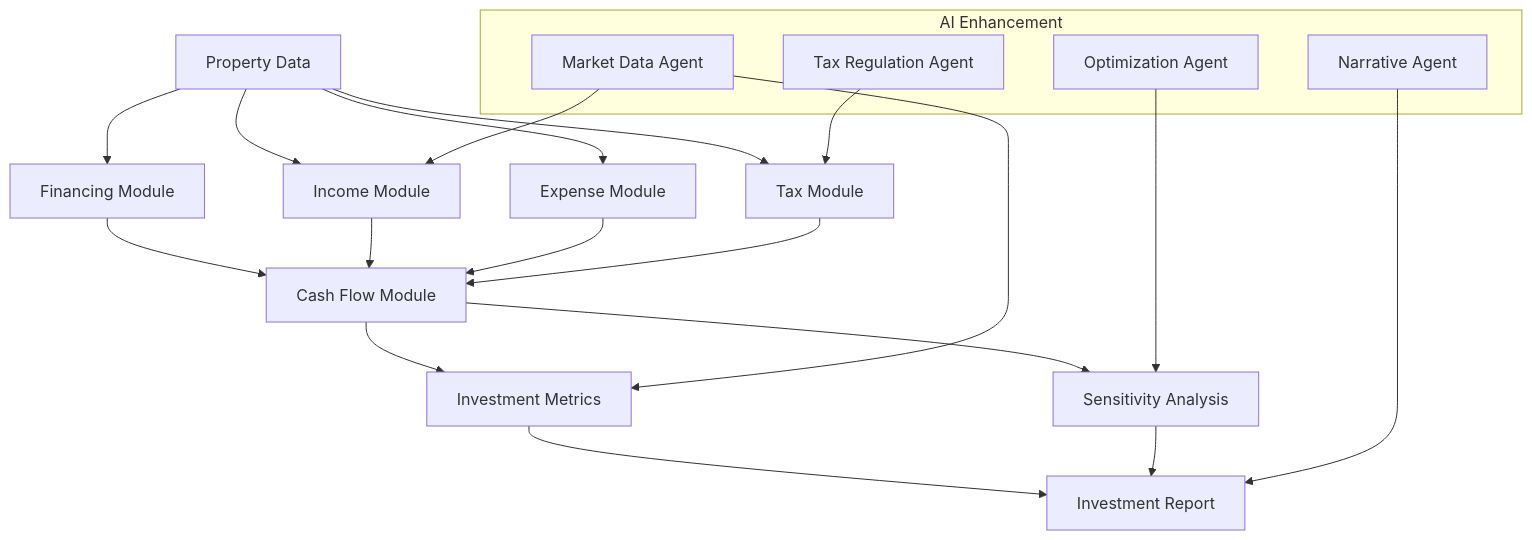
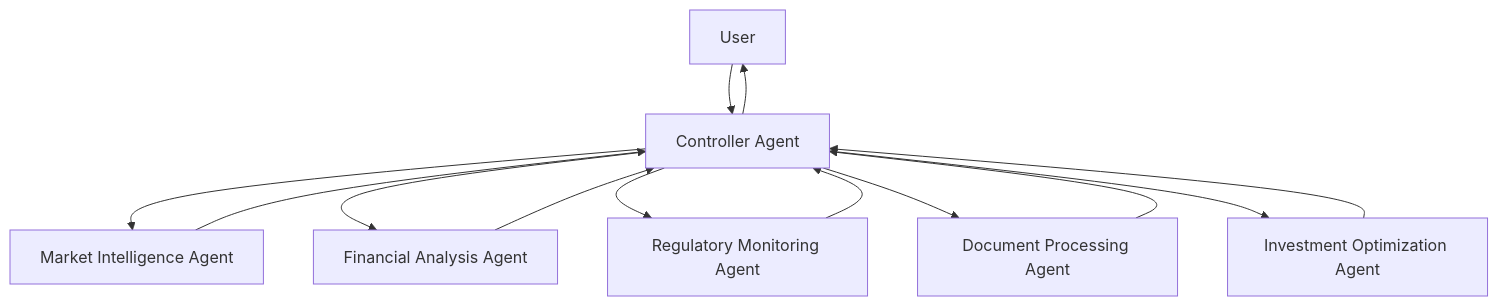
One commit to iAli61/investment_agent changed the fourth of 6 diagrams in RDP-Agents.md. Above: the diagram before and after it, drawn with Mermaid. The commit also changed other lines of this file, not shown here.

````diff
--- a/RDP-Agents.md
+++ b/RDP-Agents.md
@@ -410,31 +412,18 @@
 ```mermaid
 flowchart TD
-    PropData[Property Data] --> Financing[Financing Module]
-    PropData --> Income[Income Module]
-    PropData --> Expense[Expense Module]
-    PropData --> Tax[Tax Module]
+    User[User] --> Controller[Controller Agent]
     
-    Financing --> CashFlow[Cash Flow Module]
-    Income --> CashFlow
-    Expense --> CashFlow
-    Tax --> CashFlow
+    Controller --> MarketAgent[Market Intelligence Agent]
+    Controller --> FinancialAgent[Financial Analysis Agent]
+    Controller --> RegulationAgent[Regulatory Monitoring Agent]
+    Controller --> DocumentAgent[Document Processing Agent]
+    Controller --> OptimizationAgent[Investment Optimization Agent]
     
-    CashFlow --> Metrics[Investment Metrics]
-    CashFlow --> Sensitivity[Sensitivity Analysis]
+    MarketAgent --> Controller
+    FinancialAgent --> Controller
+    RegulationAgent --> Controller
+    DocumentAgent --> Controller
+    OptimizationAgent --> Controller
     
-    Metrics --> Report[Investment Report]
-    Sensitivity --> Report
-    
-    subgraph "AI Enhancement"
-        MarketAgent[Market Data Agent]
-        TaxAgent[Tax Regulation Agent]
-        OptimizationAgent[Optimization Agent]
-        NarrativeAgent[Narrative Agent]
-    end
-    
-    MarketAgent --> Income
-    MarketAgent --> Metrics
-    TaxAgent --> Tax
-    OptimizationAgent --> Sensitivity
-    NarrativeAgent --> Report
+    Controller --> User
 ```
````
